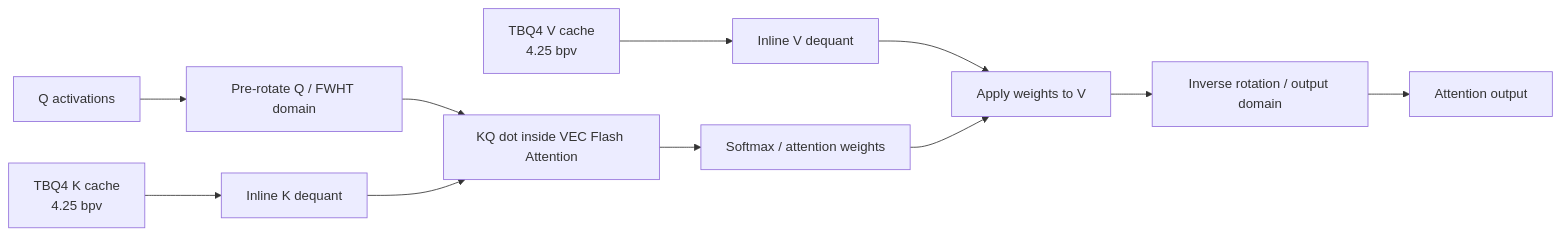
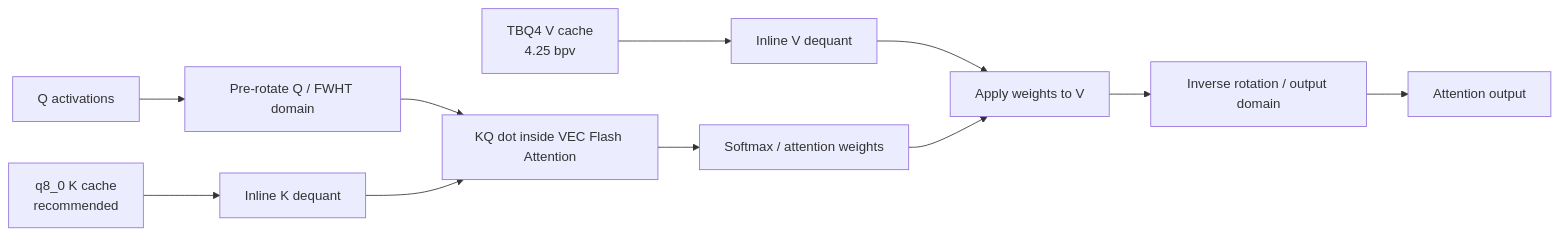
One commit to DrBearJew/RoxxY changed the first of 2 diagrams in README.md. Above: the diagram before and after it, drawn with Mermaid. The commit also changed other lines of this file and 1 other file, not shown here.

Commit message:
docs: promote q8K tbq4V ROCm defaults

````diff
--- a/README.md
+++ b/README.md
@@ -167,14 +174,14 @@
 ```mermaid
 flowchart LR
     Q[Q activations] --> QROT[Pre-rotate Q / FWHT domain]
-    K[TBQ4 K cache<br/>4.25 bpv] --> KDEQ[Inline K dequant]
+    K[q8_0 K cache<br/>recommended] --> KDEQ[Inline K dequant]
     V[TBQ4 V cache<br/>4.25 bpv] --> VDEQ[Inline V dequant]
 
     QROT --> KQ[KQ dot inside VEC Flash Attention]
     KDEQ --> KQ
     KQ --> SM[Softmax / attention weights]
     VDEQ --> VKQ[Apply weights to V]
     SM --> VKQ
     VKQ --> OROT[Inverse rotation / output domain]
     OROT --> OUT[Attention output]
 ```
````
